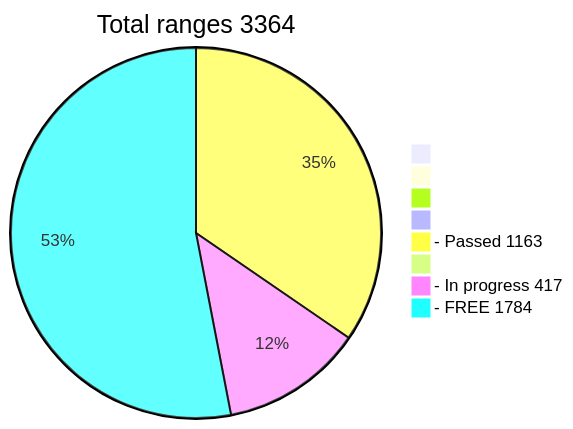
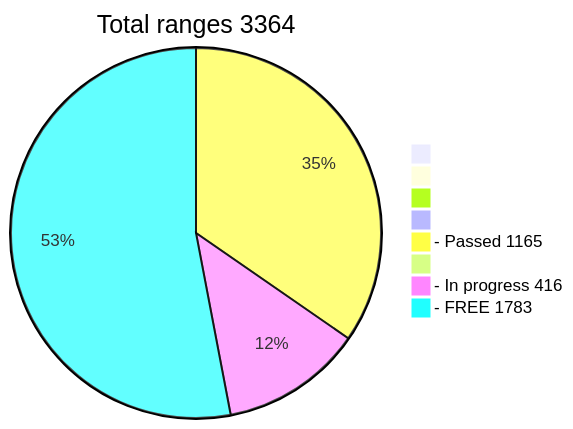
The diagram in README.md (phrutis/wif500), drawn with Mermaid before and after one commit.

````diff
--- a/README.md
+++ b/README.md
@@ -16,12 +16,12 @@
 ```mermaid
 pie title Total ranges 3364
              " " : 0
             "  " : 0
            "   " : 0
           "    " : 0
-  "- Passed 1163" : 1163
+  "- Passed 1165" : 1165
          "     " : 0
-  "- In progress 417" : 417
-   "- FREE 1784" : 1784
+  "- In progress 416" : 416
+   "- FREE 1783" : 1783
    
 ```
````
